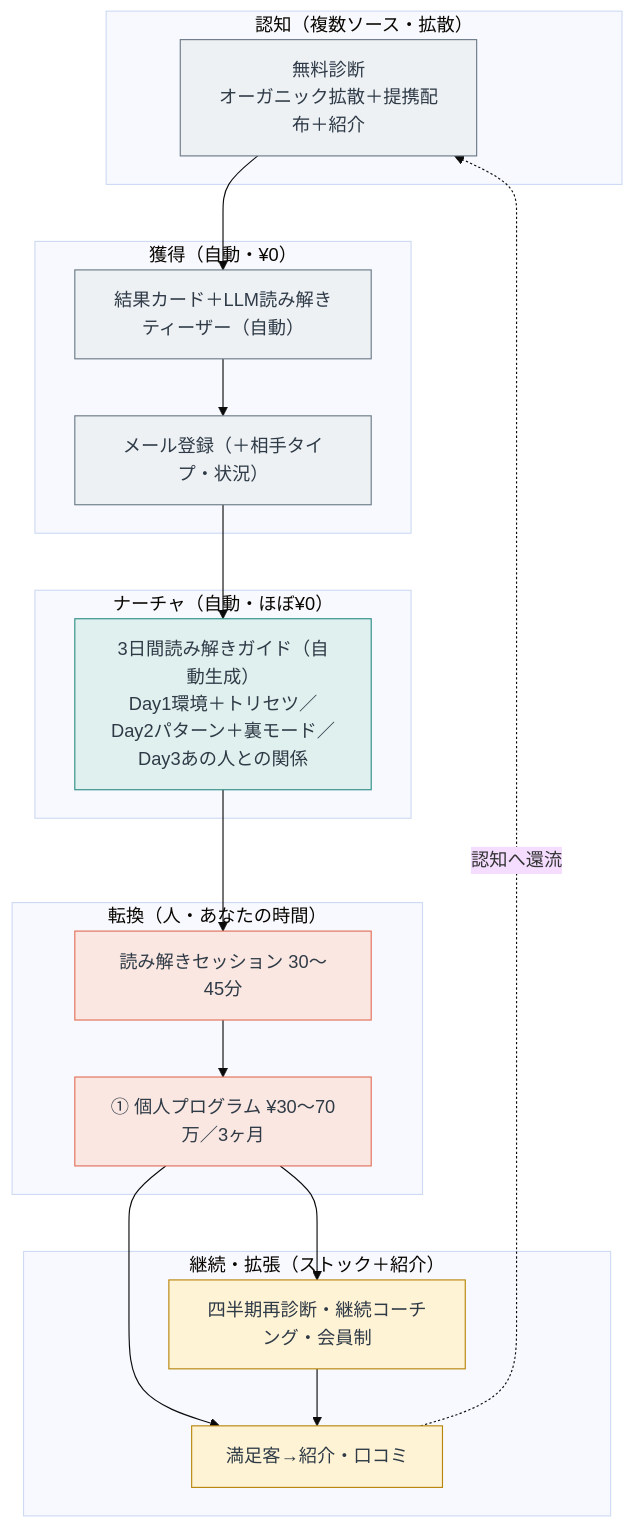
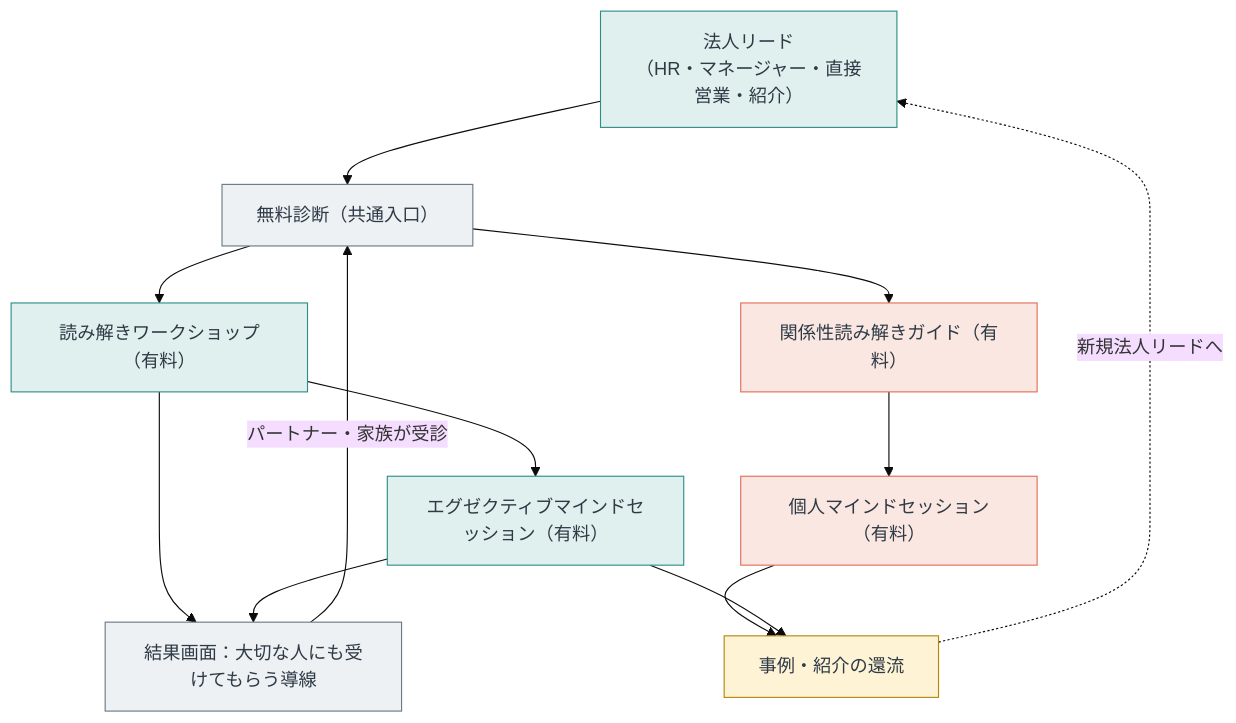
The first of 4 diagrams in ファネル図.md (yuki-b4/work-relation-quiz), drawn with Mermaid (base theme) before and after one commit. The commit also changed other lines of this file and 1 other file, not shown here.

First line of the commit message:
戦略更新：Funnel 1（法人起点・個人波及型）に基づきファネル図とロードマップを刷新

````diff
--- a/ファネル図.md
+++ b/ファネル図.md
@@ -30,30 +23,32 @@
 ```mermaid
 flowchart TD
-  subgraph ACQ["認知（複数ソース・拡散）"]
-    A1["無料診断<br/>オーガニック拡散＋提携配布＋紹介"]
-  end
-  subgraph CAP["獲得（自動・¥0）"]
-    A2["結果カード＋LLM読み解きティーザー（自動）"]
-    A3["メール登録（＋相手タイプ・状況）"]
-  end
-  subgraph NUR["ナーチャ（自動・ほぼ¥0）"]
-    A4["3日間読み解きガイド（自動生成）<br/>Day1環境＋トリセツ／Day2パターン＋裏モード／Day3あの人との関係"]
-  end
-  subgraph CONV["転換（人・あなたの時間）"]
-    A5["読み解きセッション 30〜45分"]
-    A6["① 個人プログラム ¥30〜70万／3ヶ月"]
-  end
-  subgraph RET["継続・拡張（ストック＋紹介）"]
-    A7["四半期再診断・継続コーチング・会員制"]
-    A8["満足客→紹介・口コミ"]
-  end
-  A1-->A2-->A3-->A4-->A5-->A6-->A7
-  A6-->A8
-  A7-->A8
-  A8-.->|"認知へ還流"|A1
-  classDef acq fill:#EEF1F4,stroke:#6B7A87,color:#2E3A46;
-  classDef nur fill:#E0F0EE,stroke:#2F8F88,color:#2E3A46;
-  classDef conv fill:#FBE7E1,stroke:#E2705A,color:#2E3A46;
-  classDef ret fill:#FFF3D6,stroke:#B8860B,color:#2E3A46;
-  class A1,A2,A3 acq; class A4 nur; class A5,A6 conv; class A7,A8 ret;
+  B2B_IN["法人リード<br/>（HR・マネージャー・直接営業・紹介）"]
+  QUIZ["無料診断（共通入口）"]
+  WS["読み解きワークショップ（有料）"]
+  EXEC["エグゼクティブマインドセッション（有料）"]
+  CTA["結果画面：大切な人にも受けてもらう導線"]
+  GUIDE["関係性読み解きガイド（有料）"]
+  SESSION["個人マインドセッション（有料）"]
+  FLY["事例・紹介の還流"]
+
+  B2B_IN --> QUIZ
+  QUIZ --> WS
+  WS --> EXEC
+  WS --> CTA
+  EXEC --> CTA
+  CTA -->|"パートナー・家族が受診"| QUIZ
+  QUIZ --> GUIDE
+  GUIDE --> SESSION
+  SESSION --> FLY
+  EXEC --> FLY
+  FLY -.->|"新規法人リードへ"| B2B_IN
+
+  classDef b2b fill:#E0F0EE,stroke:#2F8F88,color:#2E3A46;
+  classDef shared fill:#EEF1F4,stroke:#6B7A87,color:#2E3A46;
+  classDef b2c fill:#FBE7E1,stroke:#E2705A,color:#2E3A46;
+  classDef fly fill:#FFF3D6,stroke:#B8860B,color:#2E3A46;
+  class B2B_IN,WS,EXEC b2b;
+  class QUIZ,CTA shared;
+  class GUIDE,SESSION b2c;
+  class FLY fly;
 ```
````
